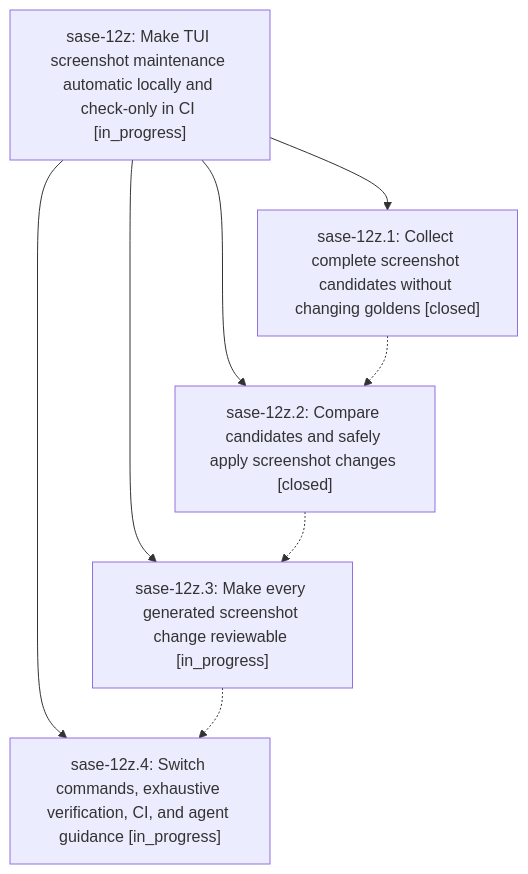
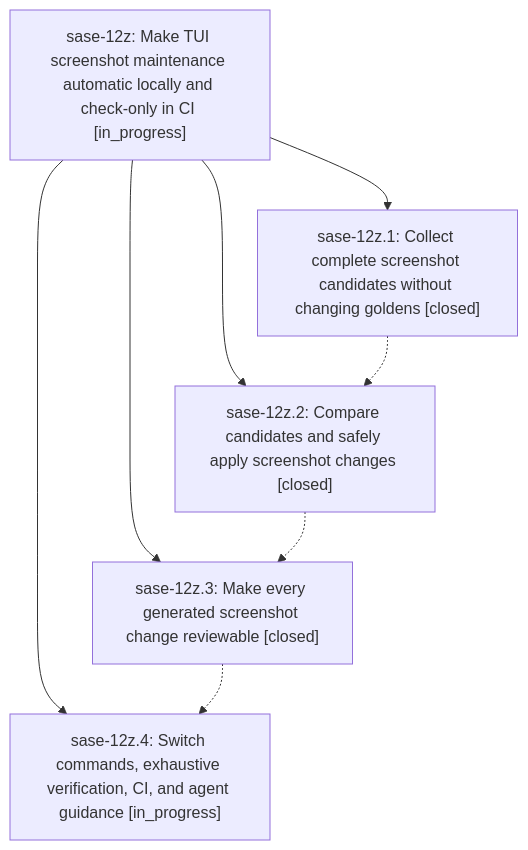
One commit to sase-org/sase--beads changed the diagram in pages/sase-12z/README.md. Above: the diagram before and after it, drawn with Mermaid. The commit also changed other lines of this file and 3 other files, not shown here.

````diff
--- a/pages/sase-12z/README.md
+++ b/pages/sase-12z/README.md
@@ -25,15 +25,15 @@
 ```mermaid
 flowchart TD
     n0["sase-12z: Make TUI screenshot maintenance automatic locally and check-only in CI [in_progress]"]
     n1["sase-12z.1: Collect complete screenshot candidates without changing goldens [closed]"]
     n2["sase-12z.2: Compare candidates and safely apply screenshot changes [closed]"]
-    n3["sase-12z.3: Make every generated screenshot change reviewable [in_progress]"]
+    n3["sase-12z.3: Make every generated screenshot change reviewable [closed]"]
     n4["sase-12z.4: Switch commands, exhaustive verification, CI, and agent guidance [in_progress]"]
     n0 --> n1
     n0 --> n2
     n0 --> n3
     n0 --> n4
     n1 -.-> n2
     n2 -.-> n3
     n3 -.-> n4
 ```
````
